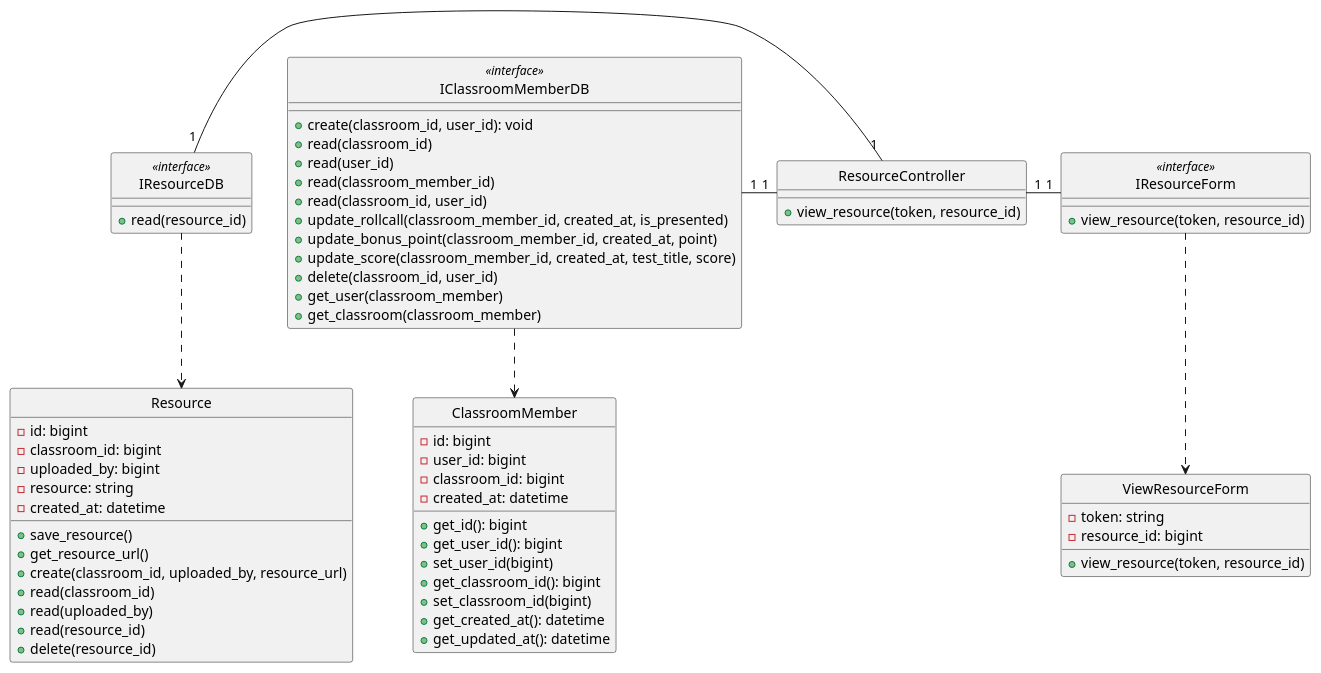
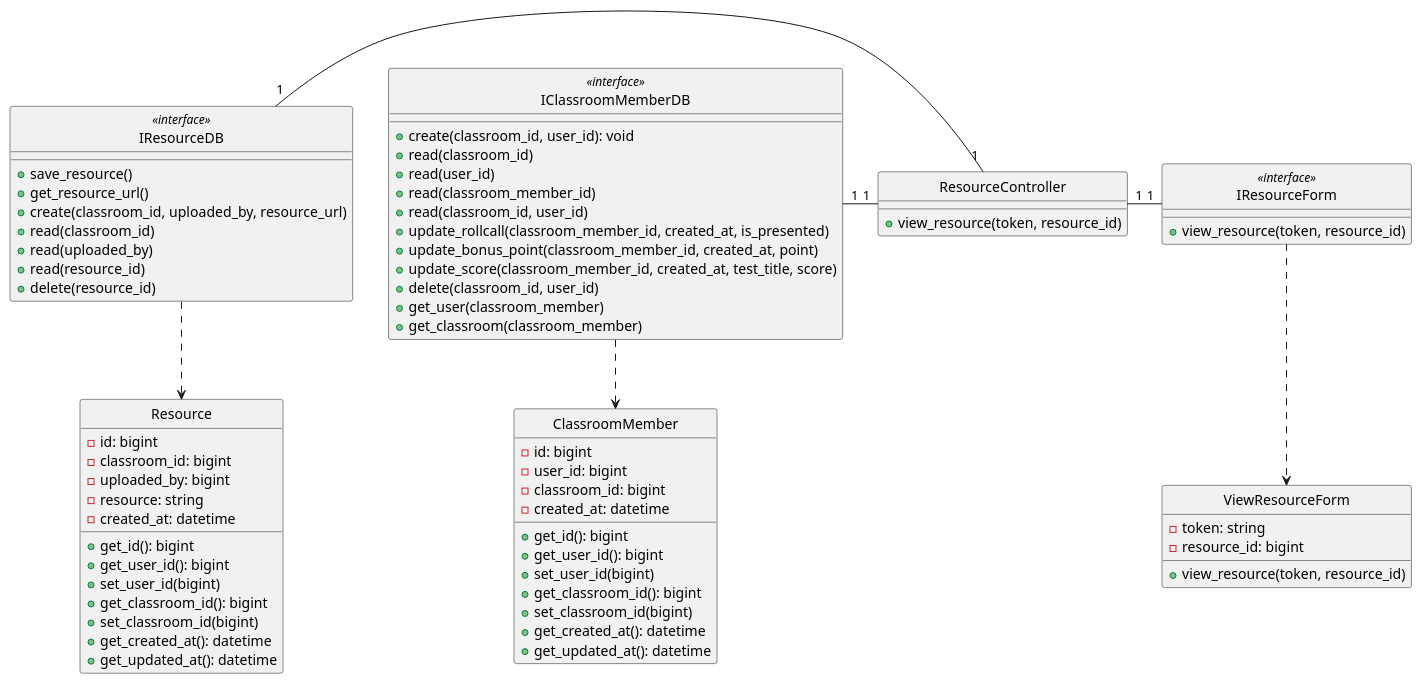
One commit to anonyhostvn/OOAD-Diagram changed the diagram in class - design/resource/viewResource.plantuml. Above: the diagram before and after it, drawn with PlantUML. The commit also changed 8 other files, not shown here.

```diff
--- a/class - design/resource/viewResource.plantuml
+++ b/class - design/resource/viewResource.plantuml
@@ -1,85 +1,92 @@
 @startuml viewResource
 
 class ViewResourceForm {
     - token: string
     - resource_id: bigint
 
     + view_resource(token, resource_id)
 }
 
 class IResourceForm <<interface>> {
     + view_resource(token, resource_id)
 }
 
 class ResourceController {
     + view_resource(token, resource_id)
 }
 
 class ClassroomMember {
     - id: bigint
     - user_id: bigint
     - classroom_id: bigint
     - created_at: datetime
 
     + get_id(): bigint
     + get_user_id(): bigint
     + set_user_id(bigint)
     + get_classroom_id(): bigint
     + set_classroom_id(bigint)
     + get_created_at(): datetime
     + get_updated_at(): datetime
 }
 
 class IClassroomMemberDB <<interface>> {
     + create(classroom_id, user_id): void
     + read(classroom_id)
     + read(user_id)
     + read(classroom_member_id)
     + read(classroom_id, user_id)
     + update_rollcall(classroom_member_id, created_at, is_presented)
     + update_bonus_point(classroom_member_id, created_at, point)
     + update_score(classroom_member_id, created_at, test_title, score)
     + delete(classroom_id, user_id)
     + get_user(classroom_member)
     + get_classroom(classroom_member)
 }
 
 
 class Resource {
     -id: bigint
     -classroom_id: bigint
     -uploaded_by: bigint
     -resource: string
     -created_at: datetime
 
+    + get_id(): bigint
+    + get_user_id(): bigint
+    + set_user_id(bigint)
+    + get_classroom_id(): bigint
+    + set_classroom_id(bigint)
+    + get_created_at(): datetime
+    + get_updated_at(): datetime
+}
+
+class IResourceDB <<interface>> {
     + save_resource()
     + get_resource_url()
     + create(classroom_id, uploaded_by, resource_url)
     + read(classroom_id)
     + read(uploaded_by)
     + read(resource_id)
     + delete(resource_id)
-}
 
-class IResourceDB <<interface>> {
-    + read(resource_id)
 }
 
 hide ViewResourceForm circle
 hide IResourceForm <<interface>> circle
 hide ResourceController circle
 hide IClassroomMemberDB <<interface>> circle
 hide ClassroomMember circle
 hide IResourceDB <<interface>> circle
 hide Resource circle 
 
 
 IResourceForm .down.> ViewResourceForm
 IClassroomMemberDB .down.> ClassroomMember
 IResourceDB .down.> Resource
 IResourceForm "1"-left-"1" ResourceController
 ResourceController "1"-left-"1" IClassroomMemberDB
 ResourceController "1"-left-"1" IResourceDB
 
 
 @enduml
```
